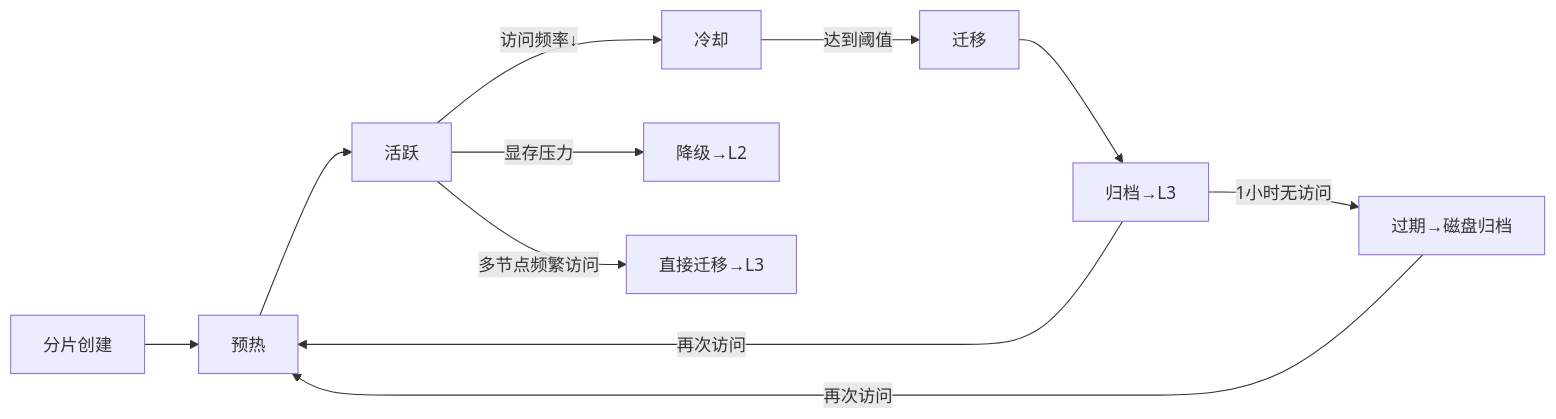
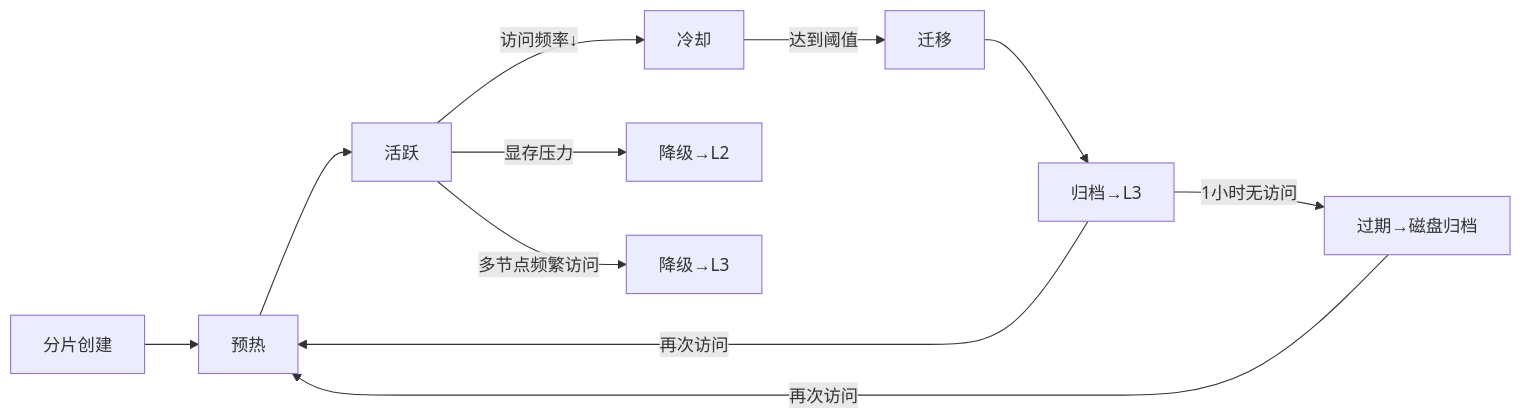
The fifth of 5 diagrams in README.md (hiicl/Helios-Calculation), drawn with Mermaid before and after one commit. The commit also changed other lines of this file, not shown here.

````diff
--- a/README.md
+++ b/README.md
@@ -229,13 +235,13 @@
 ```mermaid
 graph LR
   A[分片创建] --> B[预热]
   B --> C[活跃]
   C -->|访问频率↓| D[冷却]
   D -->|达到阈值| E[迁移]
   C -->|显存压力| F[降级→L2]
-  C -->|多节点频繁访问| H[直接迁移→L3]
+  C -->|多节点频繁访问| H[降级→L3]
   E --> G[归档→L3]
   G -->|1小时无访问| I[过期→磁盘归档]
   I -->|再次访问| B
   G -->|再次访问| B
 ```
````
